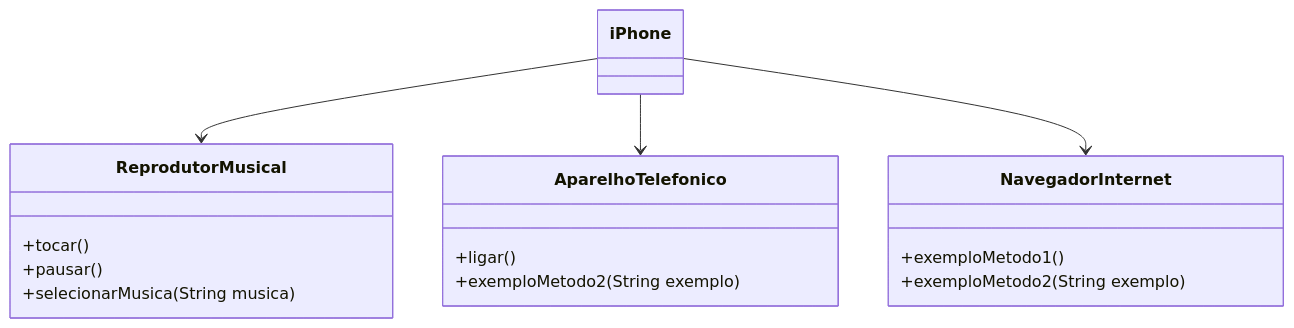
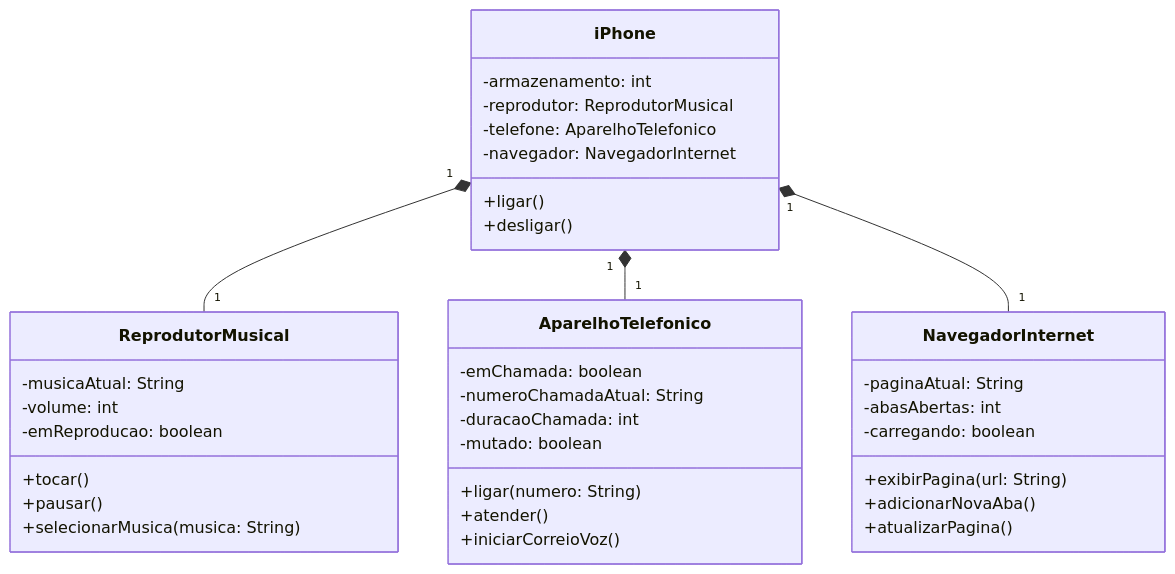
Before and after one commit to ivandronovais/modelagem-iphone: the diagram in DiagramaUMLiPhone.md, drawn with Mermaid. The commit also changed other lines of this file and 3 other files, not shown here.

Commit message:
📚 docs: update DiagramaUMLiPhone

````diff
--- a/DiagramaUMLiPhone.md
+++ b/DiagramaUMLiPhone.md
@@ -31,25 +1,43 @@
 ```mermaid
 classDiagram
+    class iPhone {
+        -armazenamento: int
+        -reprodutor: ReprodutorMusical
+        -telefone: AparelhoTelefonico
+        -navegador: NavegadorInternet
+        +ligar()
+        +desligar()
+    }
+
     class ReprodutorMusical {
+        -musicaAtual: String
+        -volume: int
+        -emReproducao: boolean
         +tocar()
         +pausar()
-        +selecionarMusica(String musica)
+        +selecionarMusica(musica: String)
     }
 
     class AparelhoTelefonico {
-        +ligar()
-        +exemploMetodo2(String exemplo)
+        -emChamada: boolean
+        -numeroChamadaAtual: String
+        -duracaoChamada: int
+        -mutado: boolean
+        +ligar(numero: String)
+        +atender()
+        +iniciarCorreioVoz()
     }
 
     class NavegadorInternet {
-        +exemploMetodo1()
-        +exemploMetodo2(String exemplo)
+        -paginaAtual: String
+        -abasAbertas: int
+        -carregando: boolean
+        +exibirPagina(url: String)
+        +adicionarNovaAba()
+        +atualizarPagina()
     }
 
-    class iPhone {
-    }
-
-    iPhone --> ReprodutorMusical
-    iPhone --> AparelhoTelefonico
-    iPhone --> NavegadorInternet
+    iPhone "1" *-- "1" ReprodutorMusical
+    iPhone "1" *-- "1" AparelhoTelefonico
+    iPhone "1" *-- "1" NavegadorInternet
 ```
````
